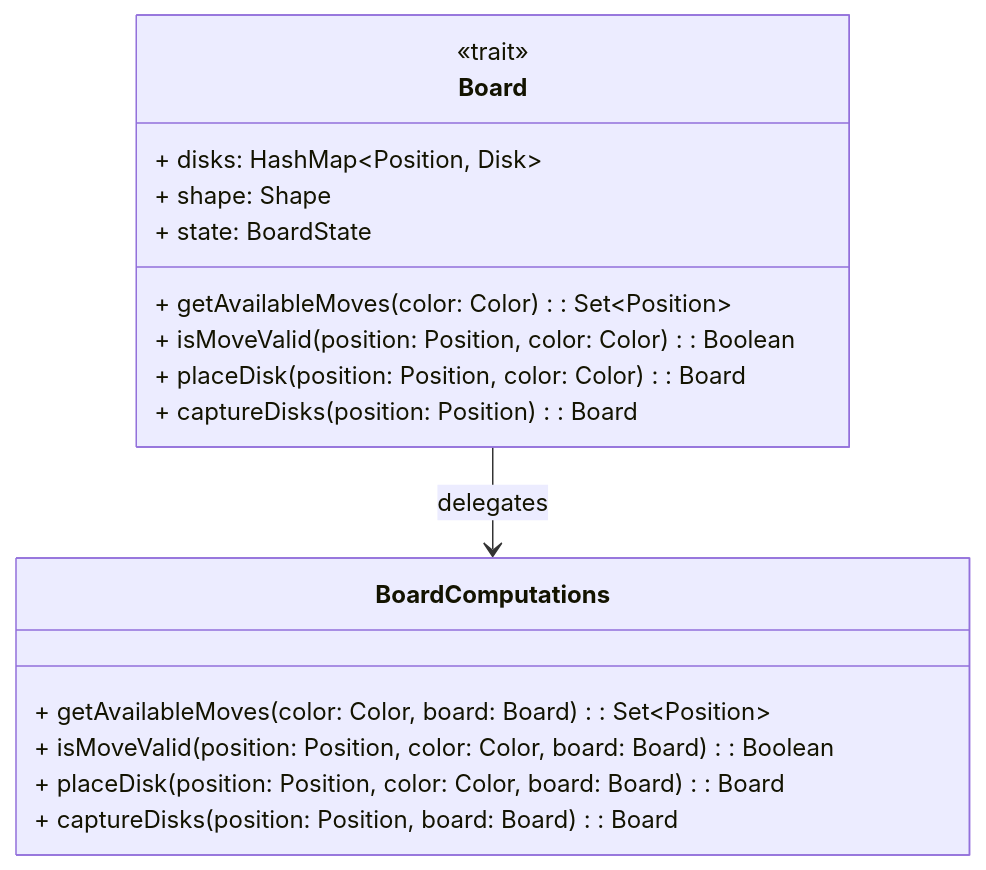
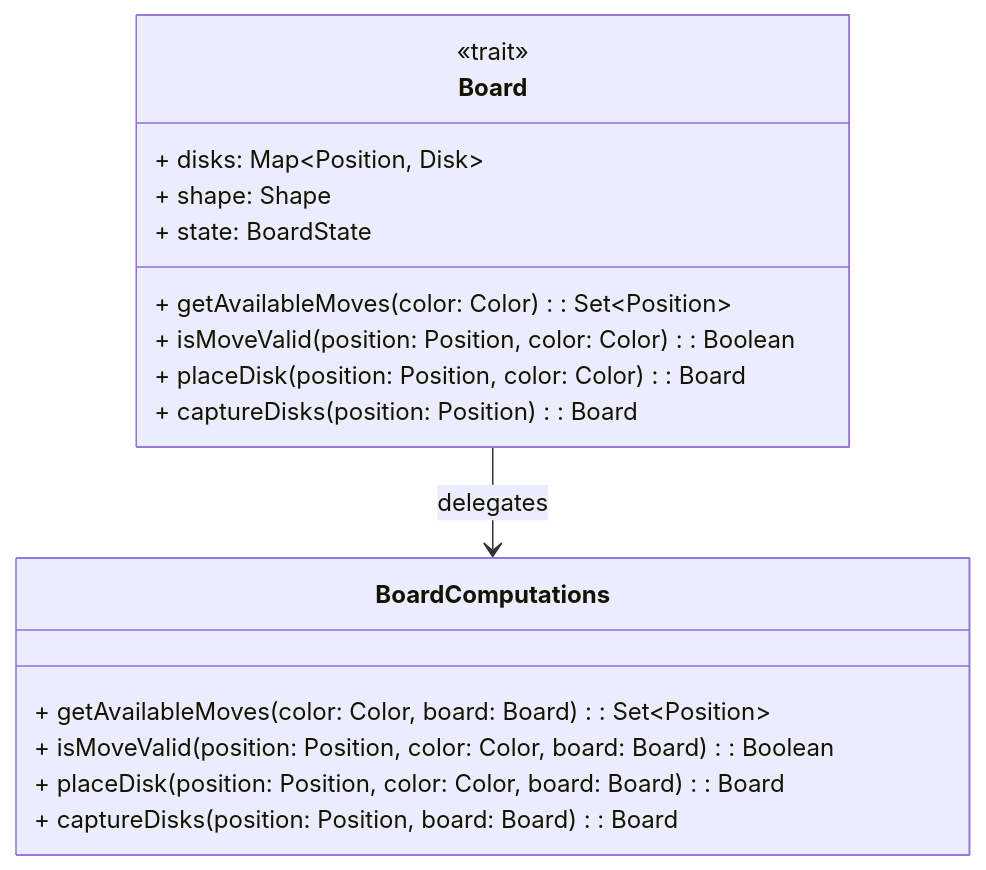
One commit to Borgotto/PPS-25-scalatello changed the tenth of 12 diagrams in docs/report/5-detailed-design.md. Above: the diagram before and after it, drawn with Mermaid.

Commit message:
Refactor Board design

````diff
--- a/docs/report/5-detailed-design.md
+++ b/docs/report/5-detailed-design.md
@@ -226,20 +226,20 @@
 ```mermaid
 classDiagram
   class Board {
     <<trait>>
-    + disks: HashMap~Position, Disk~
+    + disks: Map~Position, Disk~
     + shape: Shape
     + state: BoardState
     + getAvailableMoves(color: Color): Set~Position~
     + isMoveValid(position: Position, color: Color): Boolean
     + placeDisk(position: Position, color: Color): Board
     + captureDisks(position: Position): Board
   }
   class BoardComputations {
     + getAvailableMoves(color: Color, board: Board): Set~Position~
     + isMoveValid(position: Position, color: Color, board: Board): Boolean
     + placeDisk(position: Position, color: Color, board: Board): Board
     + captureDisks(position: Position, board: Board): Board
   }
   Board --> BoardComputations: delegates
 ```
````
